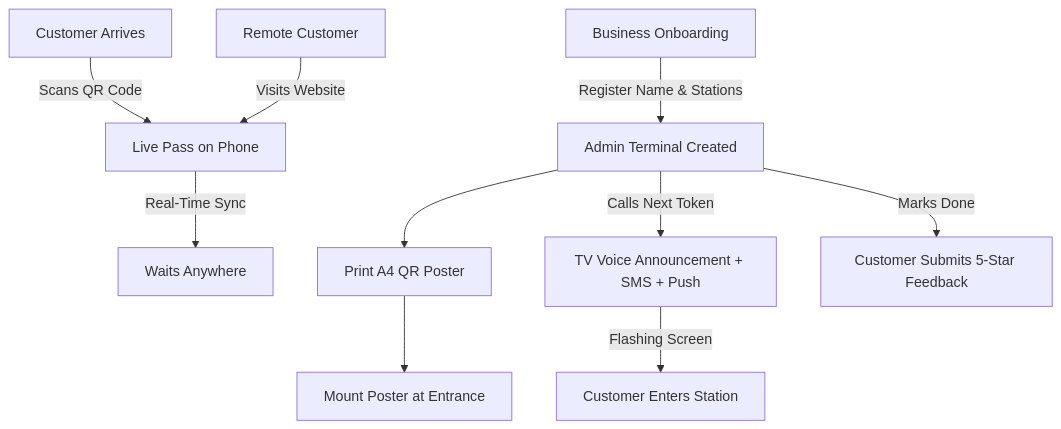
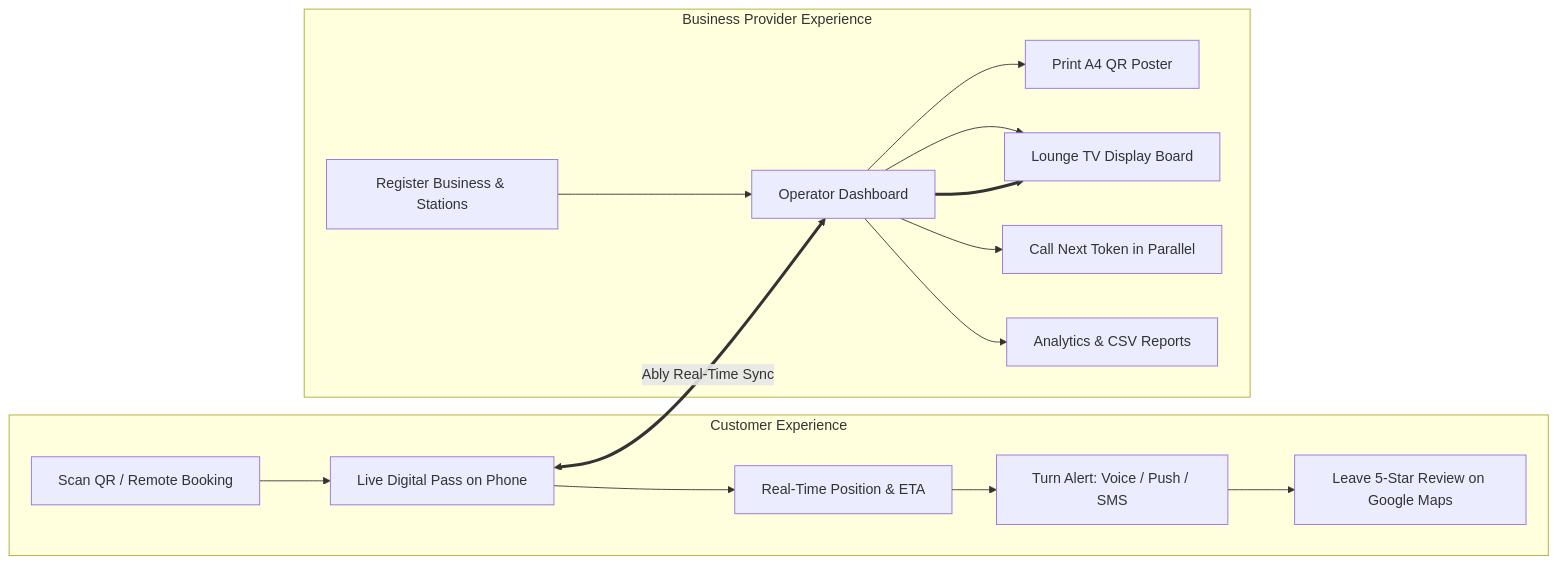
One commit to silent-doom/noq changed the diagram in FEATURE_LIST.md. Above: the diagram before and after it, drawn with Mermaid. The commit also changed other lines of this file, not shown here.

Commit message:
docs: restructure feature list by Customer and Business Provider personas

````diff
--- a/FEATURE_LIST.md
+++ b/FEATURE_LIST.md
@@ -289,14 +56,20 @@
 ```mermaid
-flowchart TD
-    A[Business Onboarding] -->|Register Name & Stations| B[Admin Terminal Created]
-    B --> C[Print A4 QR Poster]
-    C --> D[Mount Poster at Entrance]
-    
-    E[Customer Arrives] -->|Scans QR Code| F[Live Pass on Phone]
-    G[Remote Customer] -->|Visits Website| F
-    
-    F -->|Real-Time Sync| H[Waits Anywhere]
-    B -->|Calls Next Token| I[TV Voice Announcement + SMS + Push]
-    I -->|Flashing Screen| J[Customer Enters Station]
-    B -->|Marks Done| K[Customer Submits 5-Star Feedback]
+graph LR
+    subgraph "Customer Experience"
+        A[Scan QR / Remote Booking] --> B[Live Digital Pass on Phone]
+        B --> C[Real-Time Position & ETA]
+        C --> D[Turn Alert: Voice / Push / SMS]
+        D --> E[Leave 5-Star Review on Google Maps]
+    end
+
+    subgraph "Business Provider Experience"
+        F[Register Business & Stations] --> G[Operator Dashboard]
+        G --> H[Print A4 QR Poster]
+        G --> I[Lounge TV Display Board]
+        G --> J[Call Next Token in Parallel]
+        G --> K[Analytics & CSV Reports]
+    end
+
+    B <== Ably Real-Time Sync ==> G
+    G ==> I
 ```
````
